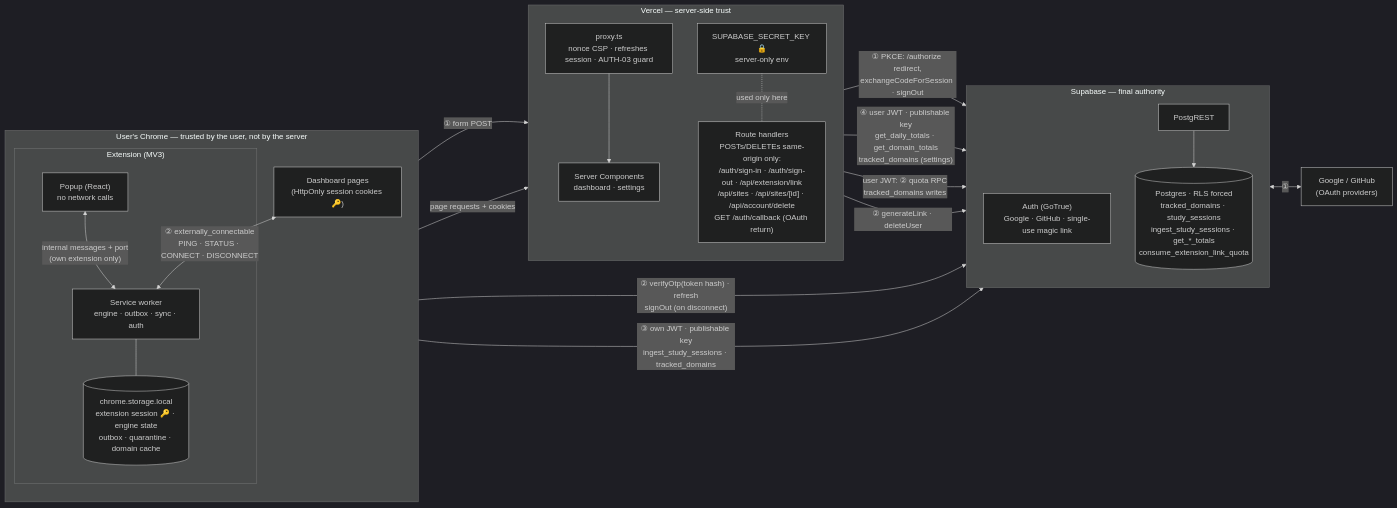
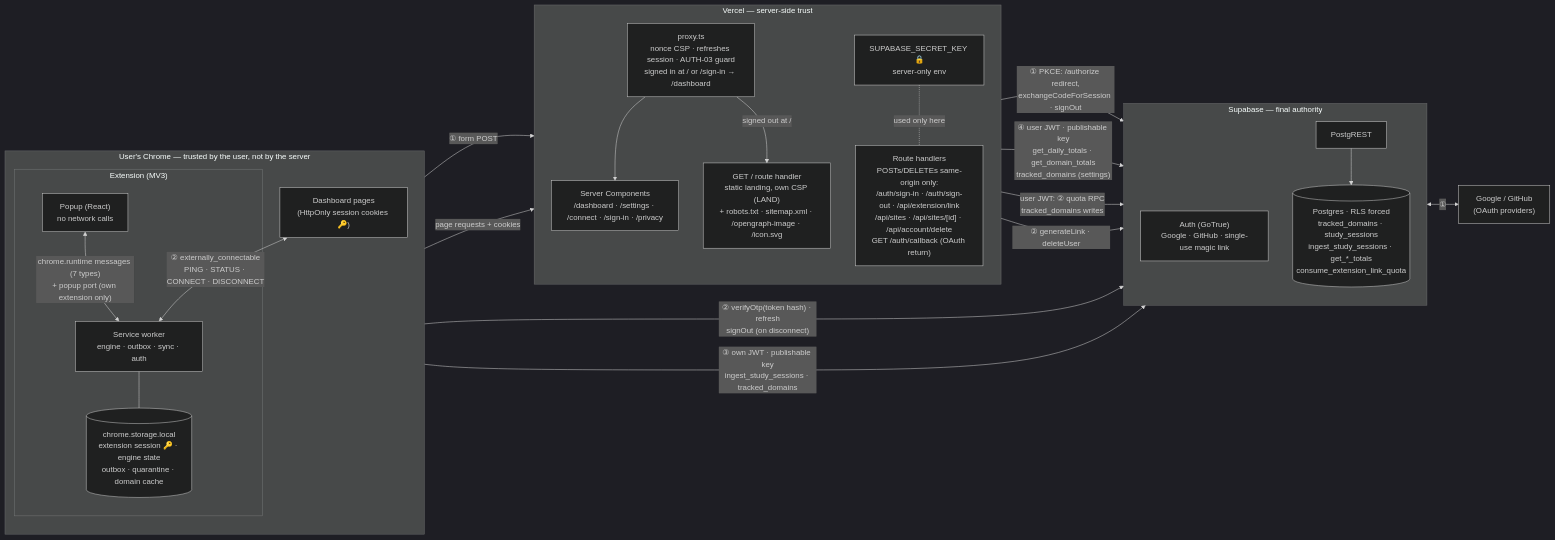
The diagram in README.md (vbenedito/careeros), drawn with Mermaid (dark theme) before and after one commit. The commit also changed other lines of this file and 30 other files, not shown here.

````diff
--- a/README.md
+++ b/README.md
@@ -19,44 +19,46 @@
 ```mermaid
 flowchart LR
   subgraph CHROME["User's Chrome — trusted by the user, not by the server"]
     direction TB
     subgraph EXT["Extension (MV3)"]
       POP["Popup (React)<br/>no network calls"]
       SW["Service worker<br/>engine · outbox · sync · auth"]
       LS[("chrome.storage.local<br/>extension session 🔑 · engine state<br/>outbox · quarantine · domain cache")]
-      POP <-- "internal messages + port<br/>(own extension only)" --> SW
+      POP <-- "chrome.runtime messages (7 types)<br/>+ popup port (own extension only)" --> SW
       SW --- LS
     end
     DUI["Dashboard pages<br/>(HttpOnly session cookies 🔑)"]
   end
 
   subgraph VERCEL["Vercel — server-side trust"]
     direction TB
-    PX["proxy.ts<br/>nonce CSP · refreshes session · AUTH-03 guard"]
-    RSC["Server Components<br/>dashboard · settings"]
+    PX["proxy.ts<br/>nonce CSP · refreshes session · AUTH-03 guard<br/>signed in at / or /sign-in → /dashboard"]
+    LAND["GET / route handler<br/>static landing, own CSP (LAND)<br/>+ robots.txt · sitemap.xml · /opengraph-image · /icon.svg"]
+    RSC["Server Components<br/>/dashboard · /settings · /connect · /sign-in · /privacy"]
     RH["Route handlers<br/>POSTs/DELETEs same-origin only:<br/>/auth/sign-in · /auth/sign-out · /api/extension/link<br/>/api/sites · /api/sites/[id] · /api/account/delete<br/>GET /auth/callback (OAuth return)"]
     SEC["SUPABASE_SECRET_KEY 🔒<br/>server-only env"]
   end
 
   subgraph SUPA["Supabase — final authority"]
     direction TB
     GA["Auth (GoTrue)<br/>Google · GitHub · single-use magic link"]
     API["PostgREST"]
     DB[("Postgres · RLS forced<br/>tracked_domains · study_sessions<br/>ingest_study_sessions · get_*_totals<br/>consume_extension_link_quota")]
     API --> DB
   end
 
   GP["Google / GitHub<br/>(OAuth providers)"]
 
   DUI -- "① form POST" --> RH
   RH -- "① PKCE: /authorize redirect,<br/>exchangeCodeForSession · signOut" --> GA
   GA <-- "①" --> GP
   DUI -- "page requests + cookies" --> PX --> RSC
+  PX -- "signed out at /" --> LAND
   RSC -- "④ user JWT · publishable key<br/>get_daily_totals · get_domain_totals<br/>tracked_domains (settings)" --> API
   RH -- "user JWT: ② quota RPC<br/>tracked_domains writes" --> API
   RH -- "② generateLink · deleteUser" --> GA
   SEC -. "used only here" .- RH
   DUI <-- "② externally_connectable<br/>PING · STATUS · CONNECT · DISCONNECT" --> SW
   SW -- "② verifyOtp(token hash) · refresh<br/>signOut (on disconnect)" --> GA
   SW -- "③ own JWT · publishable key<br/>ingest_study_sessions · tracked_domains" --> API
 ```
````
